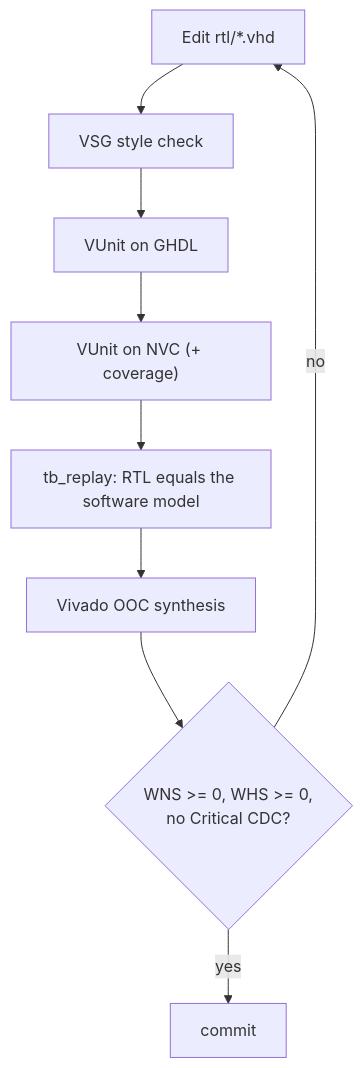
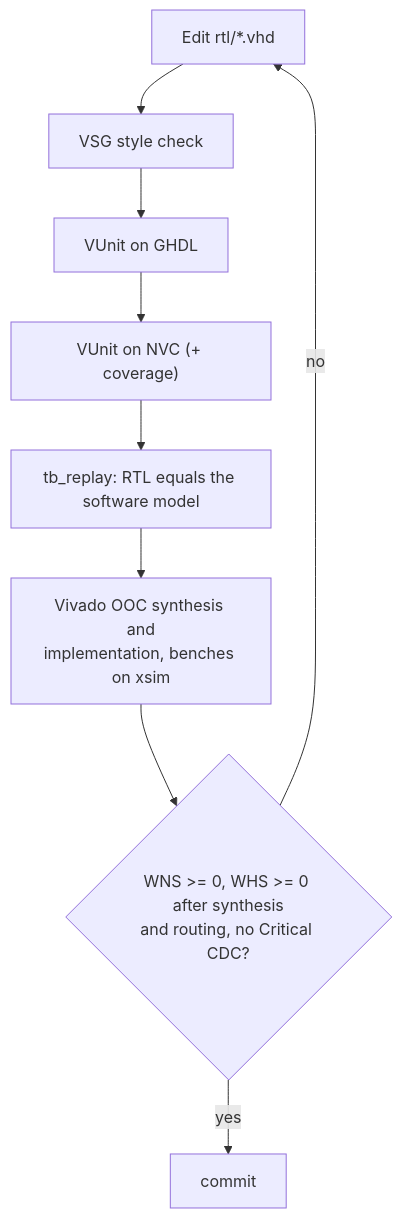
Before and after one commit to ps-chong/hft-toy-project: the diagram in docs/workflow/03-fpga.md, drawn with Mermaid. The commit also changed other lines of this file and 16 other files, not shown here.

````diff
--- a/docs/workflow/03-fpga.md
+++ b/docs/workflow/03-fpga.md
@@ -8,11 +8,11 @@
 ```mermaid
 flowchart TB
     Edit["Edit rtl/*.vhd"] --> Vsg["VSG style check"]
     Vsg --> Ghdl["VUnit on GHDL"]
     Ghdl --> Nvc["VUnit on NVC (+ coverage)"]
     Nvc --> Replay["tb_replay: RTL equals the software model"]
-    Replay --> Vivado["Vivado OOC synthesis"]
-    Vivado --> Gates{"WNS >= 0, WHS >= 0,<br/>no Critical CDC?"}
+    Replay --> Vivado["Vivado OOC synthesis and<br/>implementation, benches on xsim"]
+    Vivado --> Gates{"WNS >= 0, WHS >= 0 after synthesis<br/>and routing, no Critical CDC?"}
     Gates -->|yes| Done["commit"]
     Gates -->|no| Edit
 ```
````
